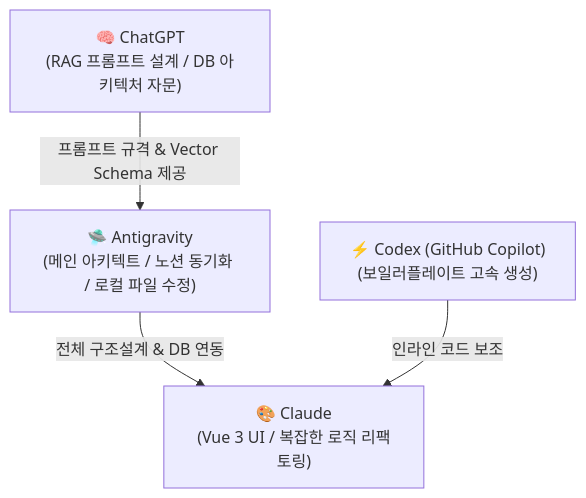
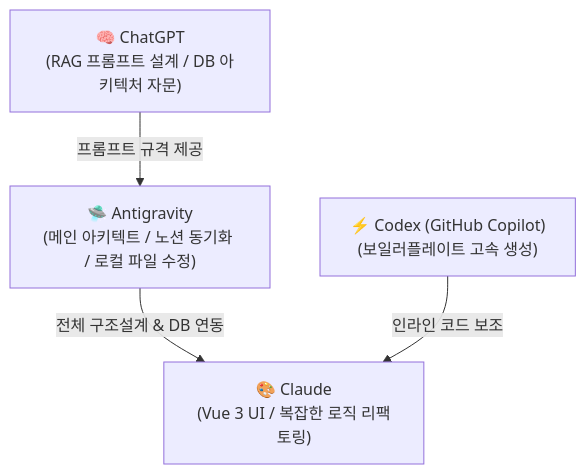
One commit to Sungw0o/Newsense changed the diagram in ai_harness.md. Above: the diagram before and after it, drawn with Mermaid. The commit also changed other lines of this file and 1 other file, not shown here.

````diff
--- a/ai_harness.md
+++ b/ai_harness.md
@@ -13,11 +13,11 @@
 ```mermaid
 graph TD
     Antigravity["🛸 Antigravity<br>(메인 아키텍트 / 노션 동기화 / 로컬 파일 수정)"]
     Claude["🎨 Claude<br>(Vue 3 UI / 복잡한 로직 리팩토링)"]
     ChatGPT["🧠 ChatGPT<br>(RAG 프롬프트 설계 / DB 아키텍처 자문)"]
     Codex["⚡ Codex (GitHub Copilot)<br>(보일러플레이트 고속 생성)"]
 
     Antigravity -->|전체 구조설계 & DB 연동| Claude
-    ChatGPT -->|프롬프트 규격 & Vector Schema 제공| Antigravity
+    ChatGPT -->|프롬프트 규격 제공| Antigravity
     Codex -->|인라인 코드 보조| Claude
 ```
````
